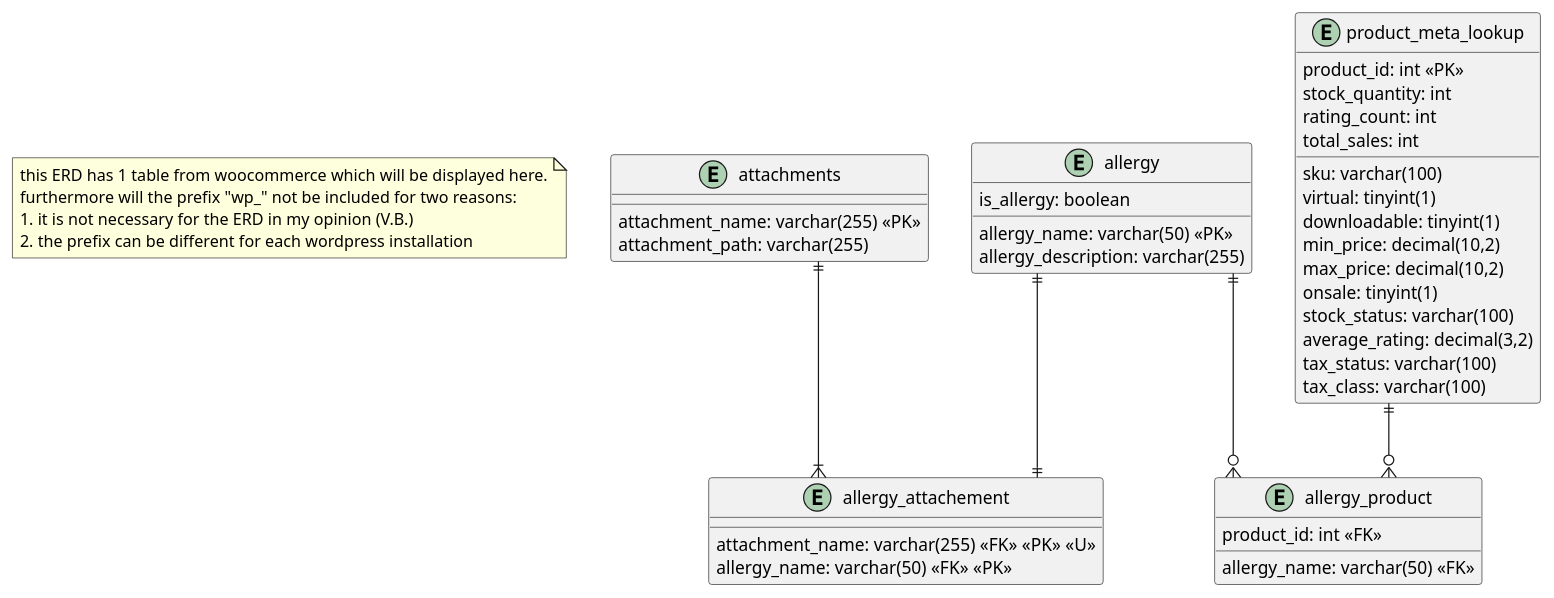
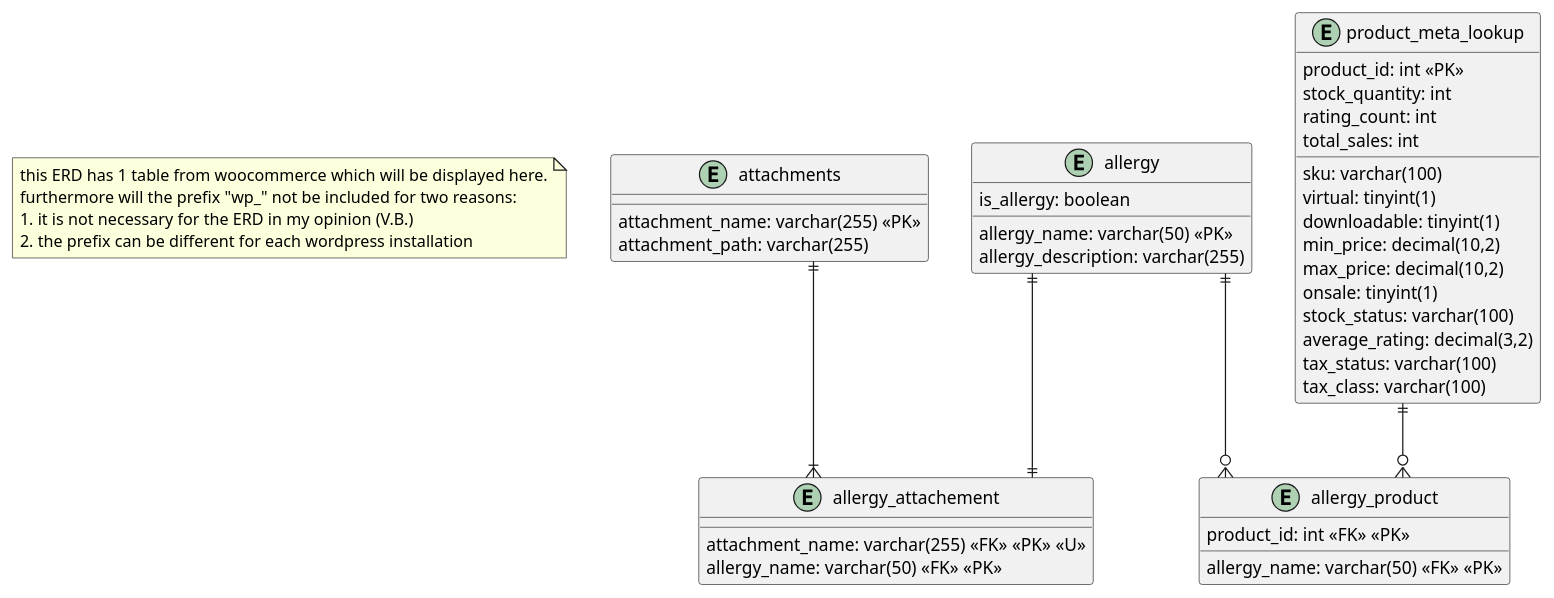
The diagram in UML/ERD.puml (VerdiB/wp_allergenen_pro), drawn with PlantUML before and after one commit.

Commit message:
Added PK Forgot to add a PK on the allergy_product table How this happened I do not know but it is fixed now

```diff
--- a/UML/ERD.puml
+++ b/UML/ERD.puml
@@ -2,53 +2,53 @@
 @startuml db-design
 skinparam Linetype ortho
 note as N1
 this ERD has 1 table from woocommerce which will be displayed here.
 furthermore will the prefix "wp_" not be included for two reasons:
 1. it is not necessary for the ERD in my opinion (V.B.)
 2. the prefix can be different for each wordpress installation
 end note
 
 entity "allergy"{
    allergy_name: varchar(50) <<PK>>
    allergy_description: varchar(255)
    is_allergy: boolean   
 }
 
 entity "attachments"{
     attachment_name: varchar(255) <<PK>>
     attachment_path: varchar(255)
 }
 
 entity "allergy_attachement"{
     attachment_name: varchar(255) <<FK>> <<PK>> <<U>>
     allergy_name: varchar(50) <<FK>> <<PK>>
 } 
 
 entity "allergy_product"{
-   product_id: int <<FK>>
-   allergy_name: varchar(50) <<FK>>
+   product_id: int <<FK>> <<PK>>
+   allergy_name: varchar(50) <<FK>> <<PK>>
 }
 
 entity "product_meta_lookup"{
     product_id: int <<PK>>
     sku: varchar(100)
     virtual: tinyint(1)
     downloadable: tinyint(1)
     min_price: decimal(10,2)
     max_price: decimal(10,2)
     onsale: tinyint(1)
     stock_quantity: int
     stock_status: varchar(100)
     rating_count: int
     average_rating: decimal(3,2)
     total_sales: int
     tax_status: varchar(100)
     tax_class: varchar(100)
 }
 
 allergy ||--o{ allergy_product
 allergy ||--|| allergy_attachement
 attachments ||--|{ allergy_attachement
 product_meta_lookup ||--o{ allergy_product
 
 @enduml
```
